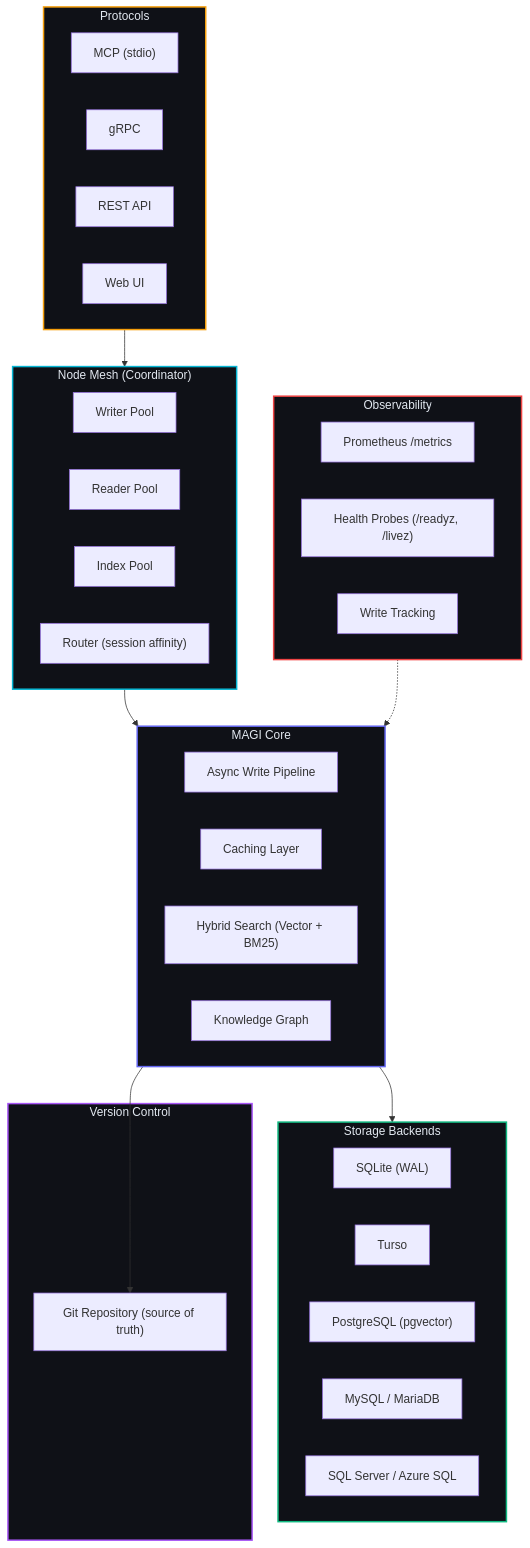
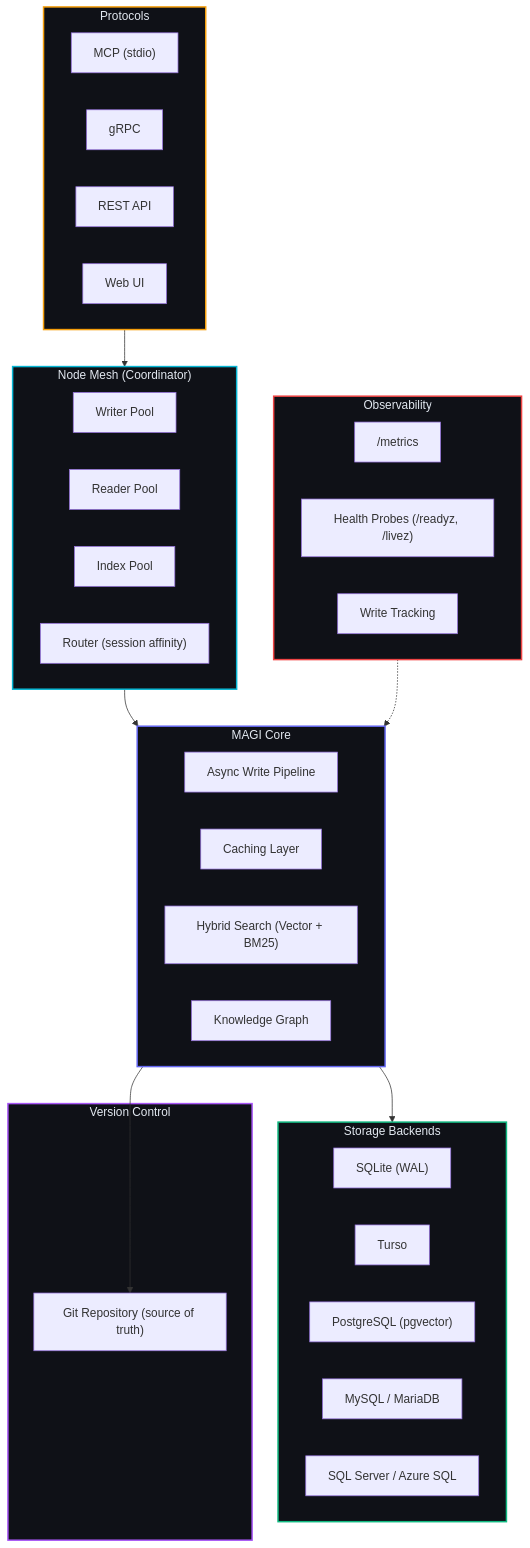
One commit to j33pguy/magi changed the third of 3 diagrams in README.md. Above: the diagram before and after it, drawn with Mermaid. The commit also changed other lines of this file, not shown here.

Commit message:
fix: remove Prometheus branding from README — use generic 'metrics endpoint'

````diff
--- a/README.md
+++ b/README.md
@@ -191,54 +191,54 @@
 ```mermaid
 graph TB
     subgraph Protocols["Protocols"]
         MCP["MCP (stdio)"]
         GRPC["gRPC"]
         REST["REST API"]
         WEB["Web UI"]
     end
 
     subgraph Observability["Observability"]
-        METRICS["Prometheus /metrics"]
+        METRICS["/metrics"]
         HEALTH["Health Probes (/readyz, /livez)"]
         TRACKING["Write Tracking"]
     end
 
     subgraph NodeMesh["Node Mesh (Coordinator)"]
         WRITER["Writer Pool"]
         READER["Reader Pool"]
         INDEX["Index Pool"]
         ROUTER["Router (session affinity)"]
     end
 
     subgraph Core["MAGI Core"]
         ASYNC["Async Write Pipeline"]
         CACHE["Caching Layer"]
         SEARCH["Hybrid Search (Vector + BM25)"]
         GRAPH["Knowledge Graph"]
     end
 
     subgraph Storage["Storage Backends"]
         SQLITE["SQLite (WAL)"]
         TURSO["Turso"]
         PG["PostgreSQL (pgvector)"]
         MYSQL["MySQL / MariaDB"]
         MSSQL["SQL Server / Azure SQL"]
     end
 
     subgraph VCS["Version Control"]
         GIT["Git Repository (source of truth)"]
     end
 
     Protocols --> NodeMesh
     NodeMesh --> Core
     Observability -.-> Core
     Core --> Storage
     Core --> GIT
 
     style Protocols fill:#0f1117,stroke:#f59e0b,stroke-width:2px,color:#e2e8f0
     style Observability fill:#0f1117,stroke:#ef4444,stroke-width:2px,color:#e2e8f0
     style NodeMesh fill:#0f1117,stroke:#06b6d4,stroke-width:2px,color:#e2e8f0
     style Core fill:#0f1117,stroke:#6366f1,stroke-width:2px,color:#e2e8f0
     style Storage fill:#0f1117,stroke:#10b981,stroke-width:2px,color:#e2e8f0
     style VCS fill:#0f1117,stroke:#a855f7,stroke-width:2px,color:#e2e8f0
 ```
````
